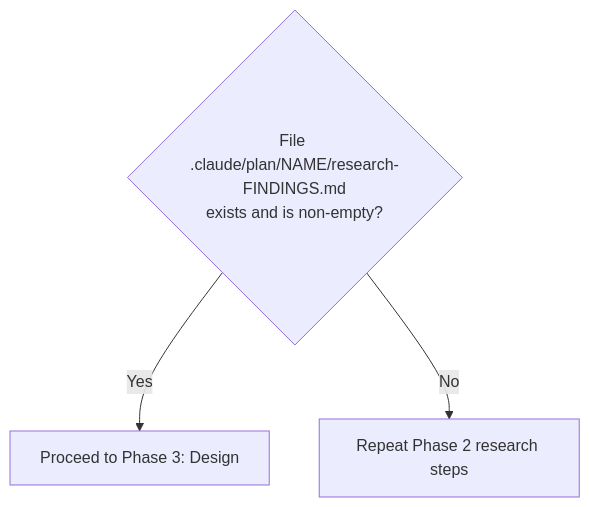
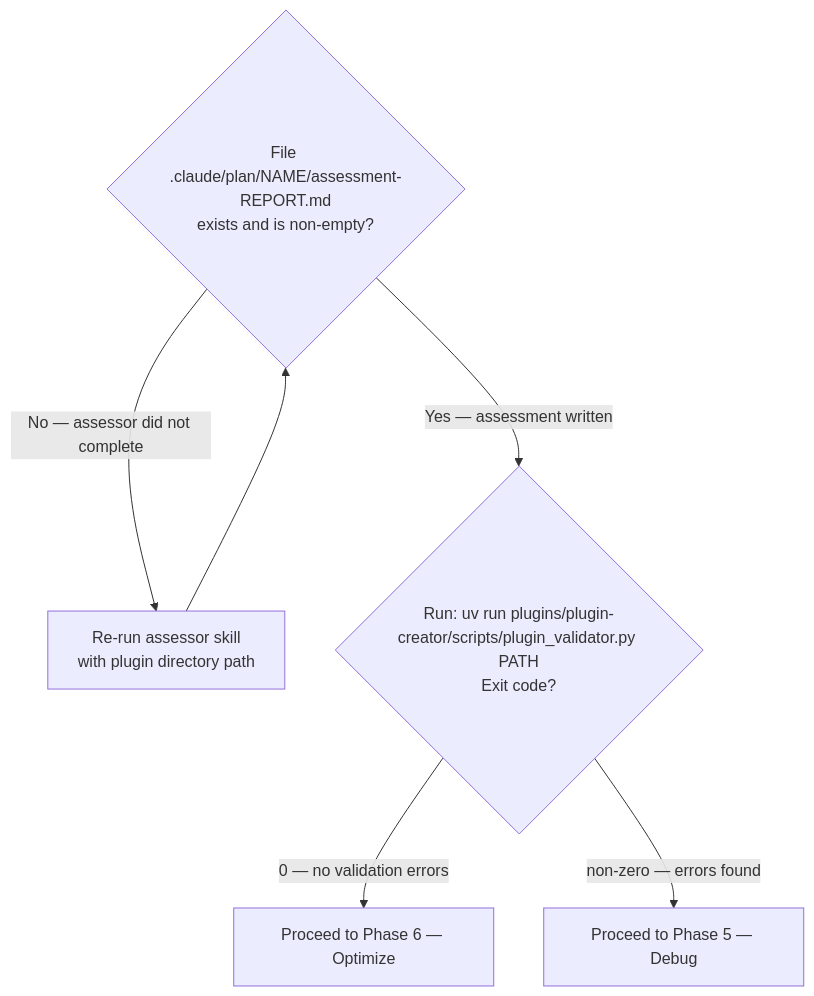
Before and after one commit to chgreer1070/claude_skills: the fourth of 11 diagrams in plugins/plugin-creator/skills/plugin-lifecycle/SKILL.md, drawn with Mermaid. The commit also changed other lines of this file and 4 other files, not shown here.

````diff
--- a/plugins/plugin-creator/skills/plugin-lifecycle/SKILL.md
+++ b/plugins/plugin-creator/skills/plugin-lifecycle/SKILL.md
@@ -271,6 +247,10 @@
 ```mermaid
 flowchart TD
-    Q{"File .claude/plan/NAME/research-FINDINGS.md<br>exists and is non-empty?"}
-    Q -->|"Yes"| Next["Proceed to Phase 3: Design"]
-    Q -->|"No"| Retry["Repeat Phase 2 research steps"]
+    %% Gate 1: assessor output must exist before validator can be meaningful
+    AssessFile{"File .claude/plan/NAME/assessment-REPORT.md<br>exists and is non-empty?"}
+    AssessFile -->|"No — assessor did not complete"| RetryAssess["Re-run assessor skill<br>with plugin directory path"]
+    RetryAssess --> AssessFile
+    AssessFile -->|"Yes — assessment written"| ValidatorGate{"Run: uv run plugins/plugin-creator/scripts/plugin_validator.py PATH<br>Exit code?"}
+    ValidatorGate -->|"0 — no validation errors"| Skip["Proceed to Phase 6 — Optimize"]
+    ValidatorGate -->|"non-zero — errors found"| Next["Proceed to Phase 5 — Debug"]
 ```
````
